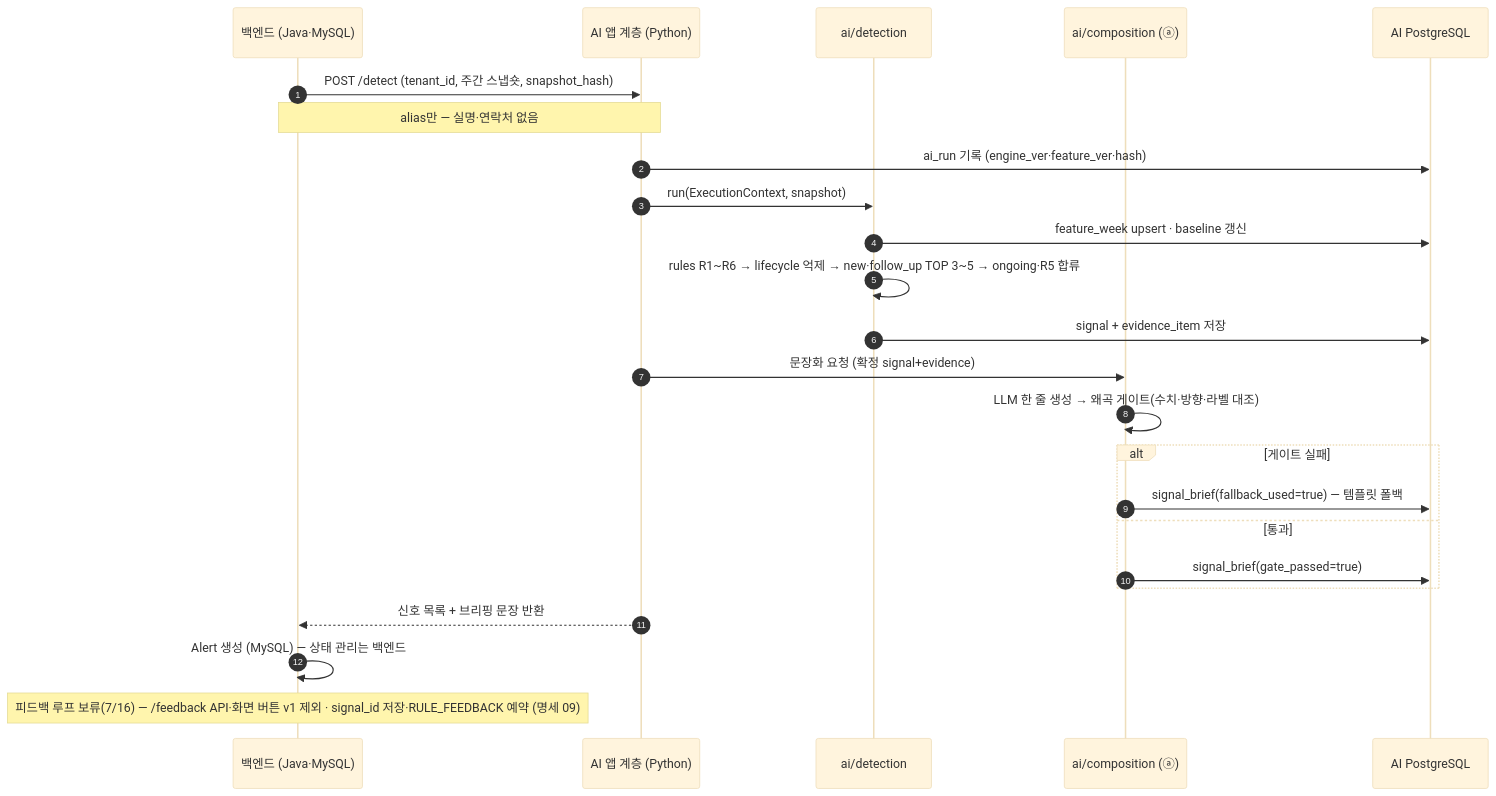
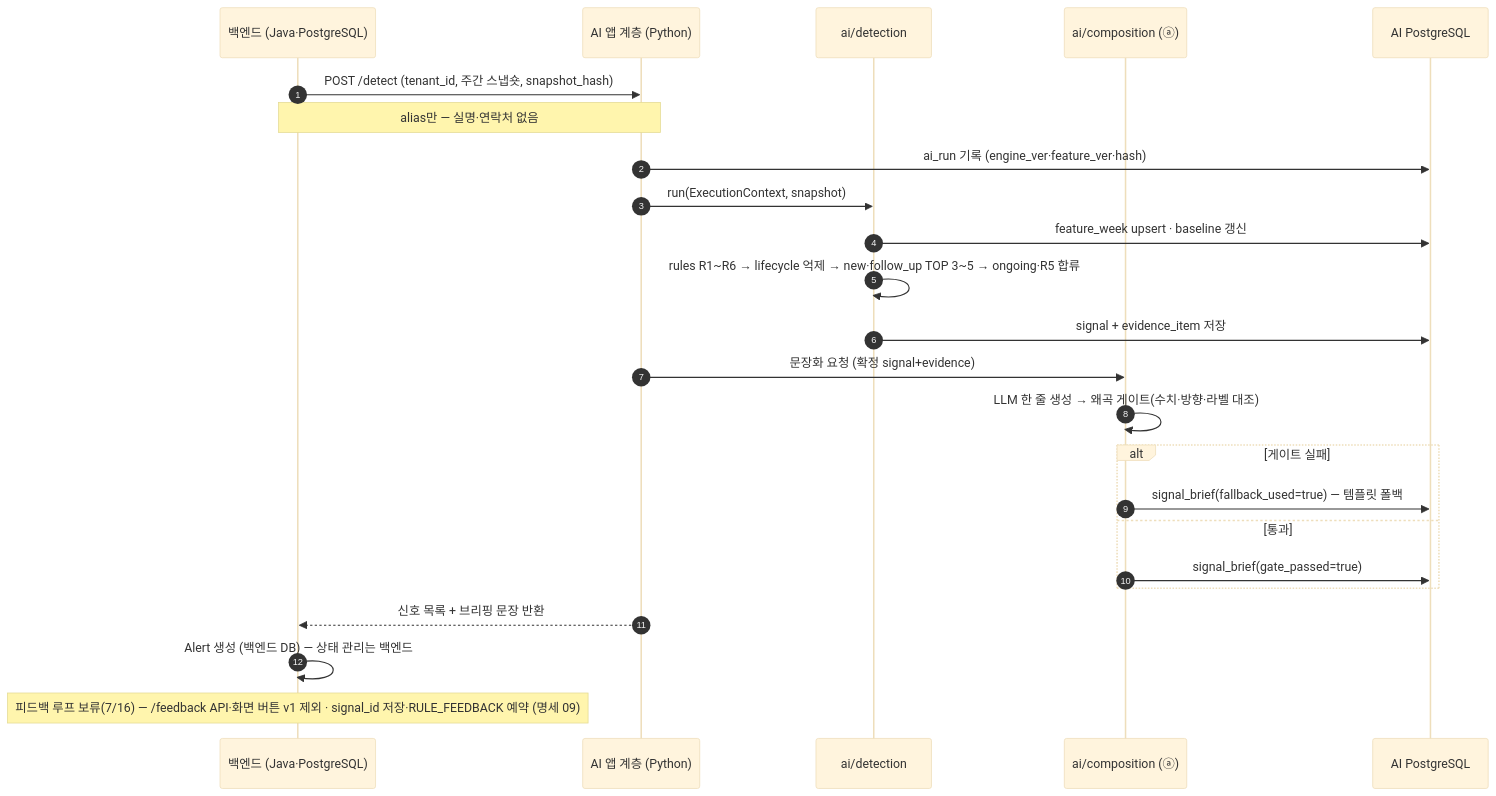
One commit to MTVS5-CheckOn/CheckOn-AI changed the sixth of 12 diagrams in docs/part_a/02_design.md. Above: the diagram before and after it, drawn with Mermaid (base theme). The commit also changed other lines of this file and 19 other files, not shown here.

First line of the commit message:
docs: 백엔드 DB를 MySQL → PostgreSQL로 정정 (기능 변경 0)

````diff
--- a/docs/part_a/02_design.md
+++ b/docs/part_a/02_design.md
@@ -141,26 +141,26 @@
 ```mermaid
 sequenceDiagram
   autonumber
-  participant BE as 백엔드 (Java·MySQL)
+  participant BE as 백엔드 (Java·PostgreSQL)
   participant API as AI 앱 계층 (Python)
   participant DET as ai/detection
   participant CMP as ai/composition (ⓐ)
   participant PG as AI PostgreSQL
   BE->>API: POST /detect (tenant_id, 주간 스냅숏, snapshot_hash)
   Note over BE,API: alias만 — 실명·연락처 없음
   API->>PG: ai_run 기록 (engine_ver·feature_ver·hash)
   API->>DET: run(ExecutionContext, snapshot)
   DET->>PG: feature_week upsert · baseline 갱신
   DET->>DET: rules R1~R6 → lifecycle 억제 → new·follow_up TOP 3~5 → ongoing·R5 합류
   DET->>PG: signal + evidence_item 저장
   API->>CMP: 문장화 요청 (확정 signal+evidence)
   CMP->>CMP: LLM 한 줄 생성 → 왜곡 게이트(수치·방향·라벨 대조)
   alt 게이트 실패
     CMP->>PG: signal_brief(fallback_used=true) — 템플릿 폴백
   else 통과
     CMP->>PG: signal_brief(gate_passed=true)
   end
   API-->>BE: 신호 목록 + 브리핑 문장 반환
-  BE->>BE: Alert 생성 (MySQL) — 상태 관리는 백엔드
+  BE->>BE: Alert 생성 (백엔드 DB) — 상태 관리는 백엔드
   Note over BE: 피드백 루프 보류(7/16) — /feedback API·화면 버튼 v1 제외 · signal_id 저장·RULE_FEEDBACK 예약 (명세 09)
 ```
````
